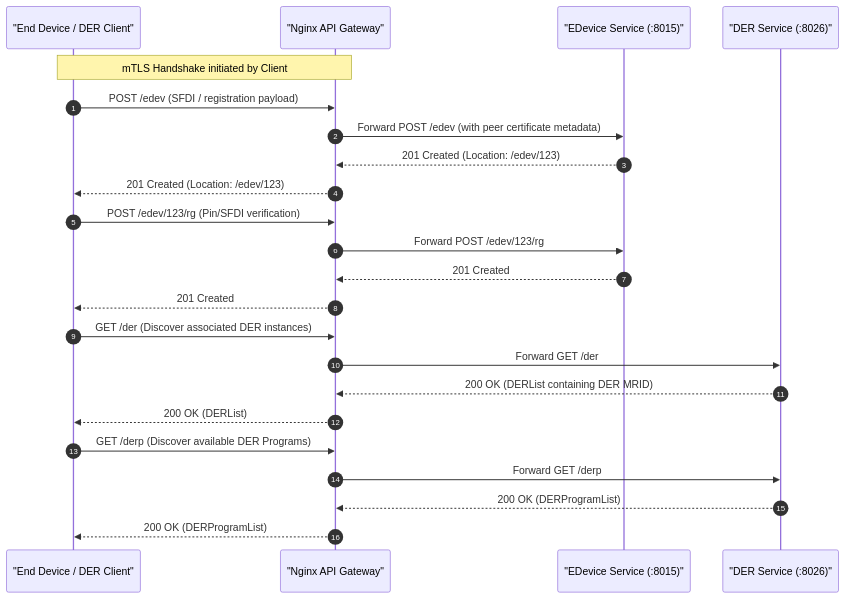
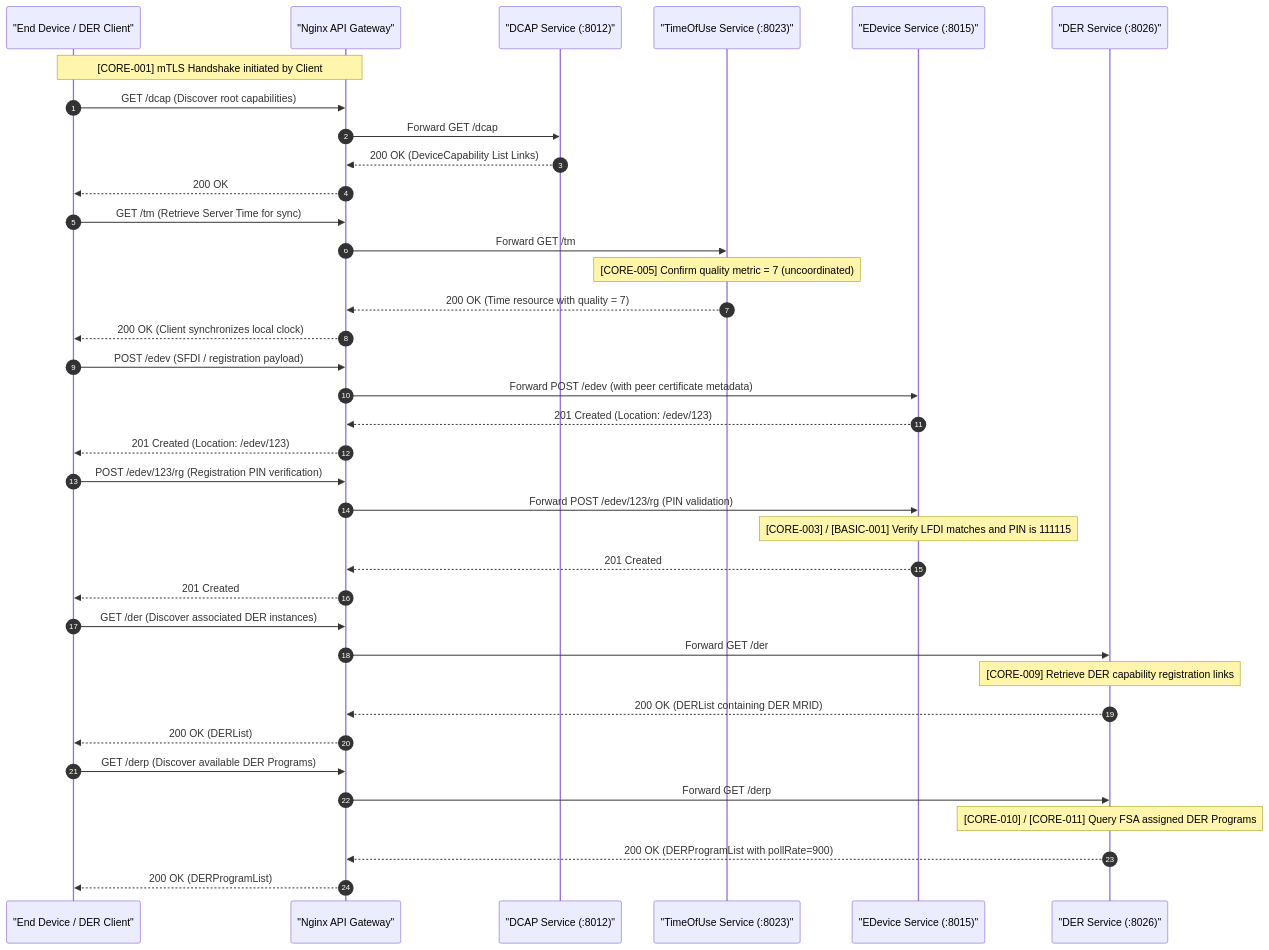
Before and after one commit to Tylores/egot: the first of 6 diagrams in lifecycles/frequency_response.md, drawn with Mermaid. The commit also changed other lines of this file and 68 other files, not shown here.

Commit message:
refactor: migrate to microservices architecture, add validation tools and scenario tests

````diff
--- a/lifecycles/frequency_response.md
+++ b/lifecycles/frequency_response.md
@@ -11,29 +11,46 @@
 ```mermaid
 sequenceDiagram
     autonumber
     participant Client as "End Device / DER Client"
     participant GW as "Nginx API Gateway"
+    participant DCAP as "DCAP Service (:8012)"
+    participant TimeOfUse as "TimeOfUse Service (:8023)"
     participant EDev as "EDevice Service (:8015)"
     participant DER as "DER Service (:8026)"
 
-    Note over Client, GW: mTLS Handshake initiated by Client
+    Note over Client, GW: [CORE-001] mTLS Handshake initiated by Client
+    
+    Client->>GW: GET /dcap (Discover root capabilities)
+    GW->>DCAP: Forward GET /dcap
+    DCAP-->>GW: 200 OK (DeviceCapability List Links)
+    GW-->>Client: 200 OK
+    
+    Client->>GW: GET /tm (Retrieve Server Time for sync)
+    GW->>TimeOfUse: Forward GET /tm
+    Note over TimeOfUse: [CORE-005] Confirm quality metric = 7 (uncoordinated)
+    TimeOfUse-->>GW: 200 OK (Time resource with quality = 7)
+    GW-->>Client: 200 OK (Client synchronizes local clock)
+
     Client->>GW: POST /edev (SFDI / registration payload)
     GW->>EDev: Forward POST /edev (with peer certificate metadata)
     EDev-->>GW: 201 Created (Location: /edev/123)
     GW-->>Client: 201 Created (Location: /edev/123)
 
-    Client->>GW: POST /edev/123/rg (Pin/SFDI verification)
-    GW->>EDev: Forward POST /edev/123/rg
+    Client->>GW: POST /edev/123/rg (Registration PIN verification)
+    GW->>EDev: Forward POST /edev/123/rg (PIN validation)
+    Note over EDev: [CORE-003] / [BASIC-001] Verify LFDI matches and PIN is 111115
     EDev-->>GW: 201 Created
     GW-->>Client: 201 Created
 
     Client->>GW: GET /der (Discover associated DER instances)
     GW->>DER: Forward GET /der
+    Note over DER: [CORE-009] Retrieve DER capability registration links
     DER-->>GW: 200 OK (DERList containing DER MRID)
     GW-->>Client: 200 OK (DERList)
 
     Client->>GW: GET /derp (Discover available DER Programs)
     GW->>DER: Forward GET /derp
-    DER-->>GW: 200 OK (DERProgramList)
+    Note over DER: [CORE-010] / [CORE-011] Query FSA assigned DER Programs
+    DER-->>GW: 200 OK (DERProgramList with pollRate=900)
     GW-->>Client: 200 OK (DERProgramList)
 ```
````
